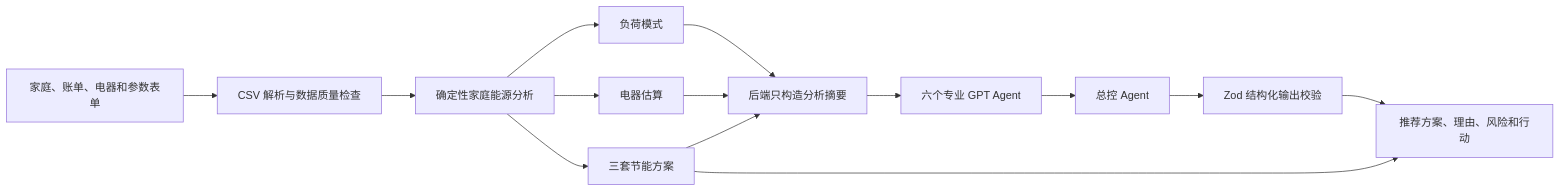
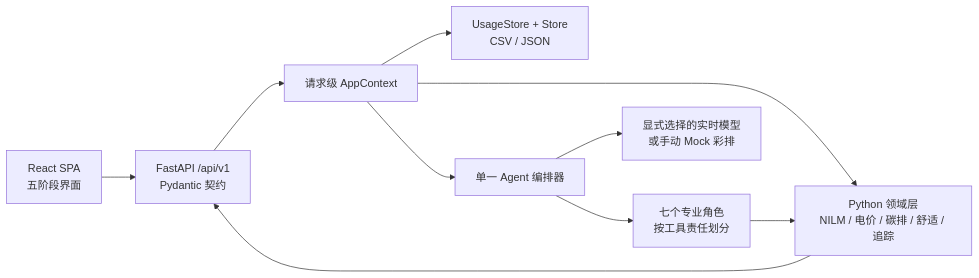
The diagram in README.md (HUITianYi/HomeShift-AI), drawn with Mermaid before and after one commit. The commit also changed other lines of this file and 125 other files, not shown here.

````diff
--- a/README.md
+++ b/README.md
@@ -93,16 +305,12 @@
 ```mermaid
 flowchart LR
-    A["家庭、账单、电器和参数表单"] --> B["CSV 解析与数据质量检查"]
-    B --> C["确定性家庭能源分析"]
-    C --> C1["负荷模式"]
-    C --> C2["电器估算"]
-    C --> C3["三套节能方案"]
-    C1 --> D["后端只构造分析摘要"]
-    C2 --> D
-    C3 --> D
-    D --> E["六个专业 GPT Agent"]
-    E --> F["总控 Agent"]
-    F --> G["Zod 结构化输出校验"]
-    G --> H["推荐方案、理由、风险和行动"]
-    C3 --> H
+    UI["React SPA<br/>五阶段界面"] --> API["FastAPI /api/v1<br/>Pydantic 契约"]
+    API --> CTX["请求级 AppContext"]
+    CTX --> DATA["UsageStore + Store<br/>CSV / JSON"]
+    CTX --> DOMAIN["Python 领域层<br/>NILM / 电价 / 碳排 / 舒适 / 追踪"]
+    CTX --> ORCH["单一 Agent 编排器"]
+    ORCH --> ROLES["七个专业角色<br/>按工具责任划分"]
+    ORCH --> LLM["显式选择的实时模型<br/>或手动 Mock 彩排"]
+    DOMAIN --> API
+    ROLES --> DOMAIN
 ```
````
